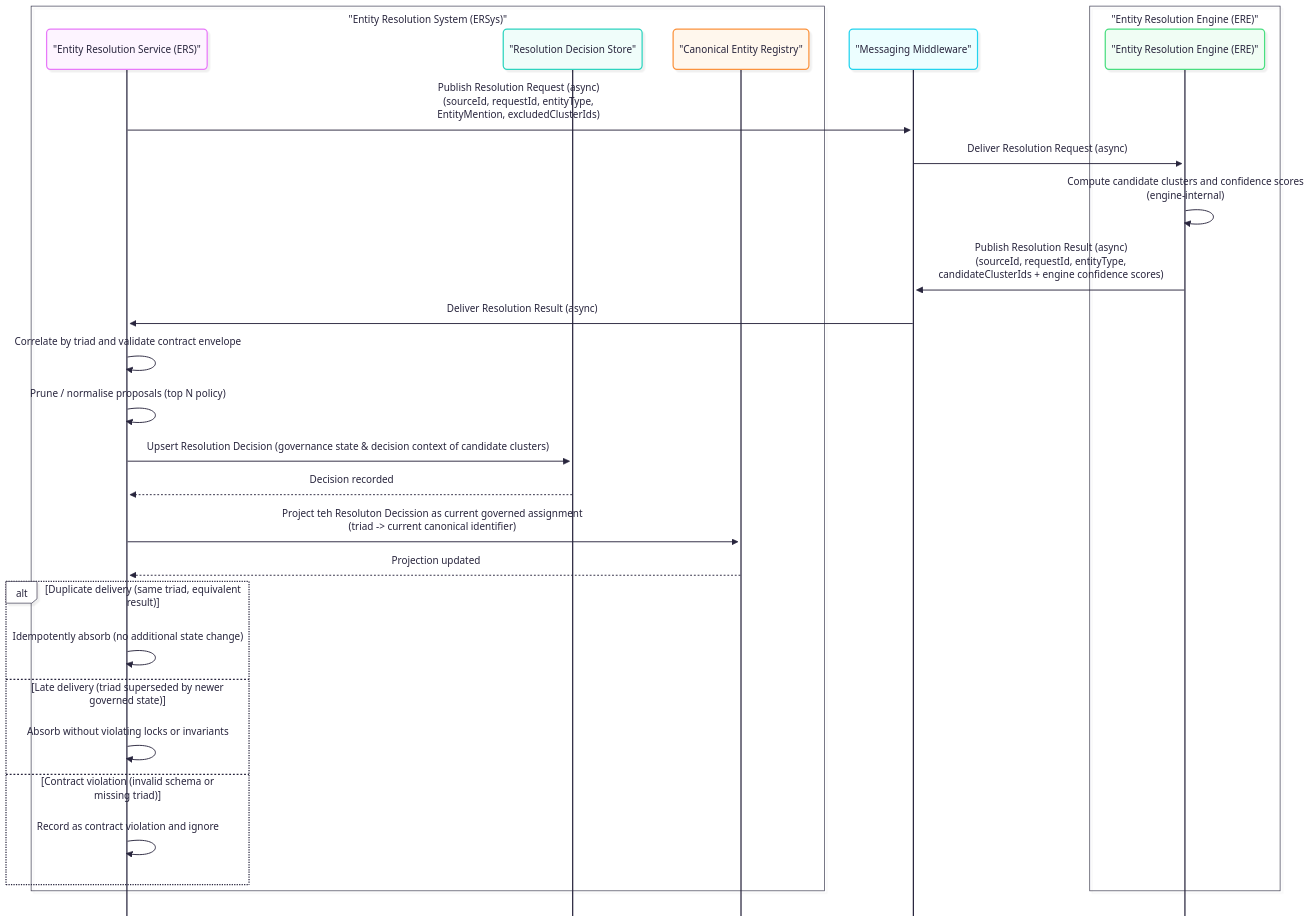
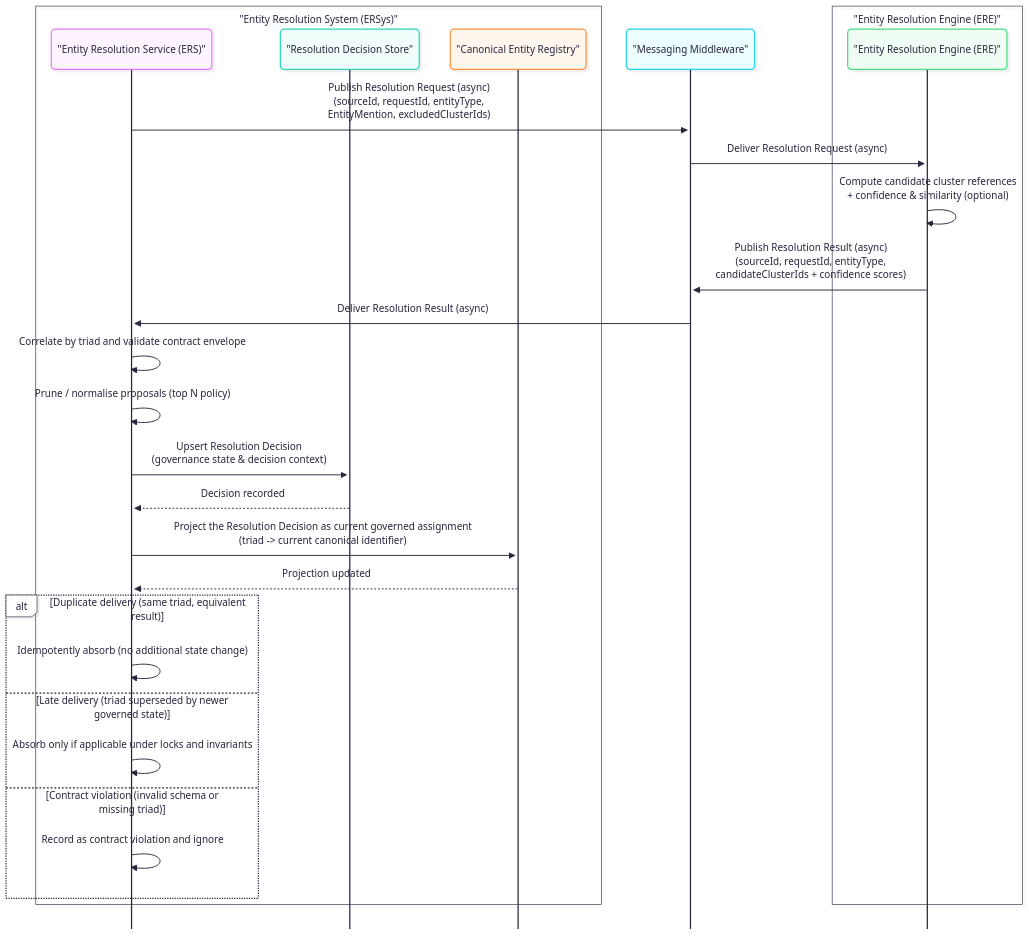
One commit to OP-TED/entity-resolution-spec changed the diagram in docs/architecture/sequence_diagrams/spine-B-ERS-ERE-async-exchange.mmd. Above: the diagram before and after it, drawn with Mermaid. The commit also changed other lines of this file and 8 other files, not shown here.

First line of the commit message:
update the diagrams

```diff
--- a/docs/architecture/sequence_diagrams/spine-B-ERS-ERE-async-exchange.mmd
+++ b/docs/architecture/sequence_diagrams/spine-B-ERS-ERE-async-exchange.mmd
@@ -1,56 +1,60 @@
 ---
 config:
   look: neo
   theme: redux-color
   mirrorActors: false
   sequence:
     bottomMarginAdj: 0.1
 ---
 sequenceDiagram
 %% Maps to EA diagram: UML Sequence (Spine B)
 %% Purpose: ERS–ERE asynchronous resolution exchange and governance-first integration.
 %% Focus: triad correlation, advisory engine outputs, idempotent absorption, decision update + projection update.
 %% Excludes: client REST intake/lookup, UI flows, rebuild initiation, and detailed persistence mechanics.
 
 box "Entity Resolution System (ERSys)"
     participant ERS as "Entity Resolution Service (ERS)"
     participant DecisionStore as "Resolution Decision Store"
     participant CanonicalRegistry as "Canonical Entity Registry"
 end
 
 participant MessagingMiddleware as "Messaging Middleware"
 
 box "Entity Resolution Engine (ERE)"
     participant ERE as "Entity Resolution Engine (ERE)"
 end
 
 %% --- Publish request (triggered by Spine A or by rebuild processing) ---
 ERS ->> MessagingMiddleware: Publish Resolution Request (async)<br/>(sourceId, requestId, entityType,<br/>EntityMention, excludedClusterIds)
 MessagingMiddleware ->> ERE: Deliver Resolution Request (async)
 
-%% note left of ERE: ERE may use an internal ereRequestId for disambiguation.<br>The triad remains the authoritative correlation handle.
-
-
 %% --- Engine computes proposals (non-authoritative) ---
-ERE ->> ERE: Compute candidate clusters and confidence scores<br/>(engine-internal)
+ERE ->> ERE: Compute candidate cluster references<br/>+ confidence & similarity (optional)
 
 %% --- Publish result ---
-ERE ->> MessagingMiddleware: Publish Resolution Result (async)<br/>(sourceId, requestId, entityType,<br/>candidateClusterIds + engine confidence scores)
+ERE ->> MessagingMiddleware: Publish Resolution Result (async)<br/>(sourceId, requestId, entityType,<br/>candidateClusterIds + confidence scores)
 MessagingMiddleware ->> ERS: Deliver Resolution Result (async)
-%% note right of ERS: ERE outputs are proposals only (confidence scores are non-normative).<br>ERS remains sole authority for canonical identity and Resolution Decisions.<br>Messaging is at-least-once. ERS must tolerate duplicates and lateness.<br>
+
+%% note right of ERS:
+%%   ERE outputs are proposals only.
+%%   Similarity metadata is non-normative.
+%%   Messaging is at-least-once: ERS tolerates duplicates and lateness.
+%%   Integration may occur after a client resolve has completed; such integration:
+%%   (1) updates governance state, (2) triggers no callbacks/notifications,
+%%   (3) does not retroactively alter the completed client request outcome.
 
 %% --- Integrate under decision-centric governance ---
 ERS ->> ERS: Correlate by triad and validate contract envelope
 ERS ->> ERS: Prune / normalise proposals (top N policy)
-ERS ->> DecisionStore: Upsert Resolution Decision (governance state & decision context of candidate clusters)
+ERS ->> DecisionStore: Upsert Resolution Decision<br/>(governance state & decision context)
 DecisionStore -->> ERS: Decision recorded
-ERS ->> CanonicalRegistry: Project teh Resoluton Decission as current governed assignment<br/>(triad -> current canonical identifier)
+ERS ->> CanonicalRegistry: Project the Resolution Decision as current governed assignment<br/>(triad -> current canonical identifier)
 CanonicalRegistry -->> ERS: Projection updated
 
 alt Duplicate delivery (same triad, equivalent result)
     ERS ->> ERS: Idempotently absorb (no additional state change)
 else Late delivery (triad superseded by newer governed state)
-    ERS ->> ERS: Absorb without violating locks or invariants
+    ERS ->> ERS: Absorb only if applicable under locks and invariants
 else Contract violation (invalid schema or missing triad)
     ERS ->> ERS: Record as contract violation and ignore
 end
```
